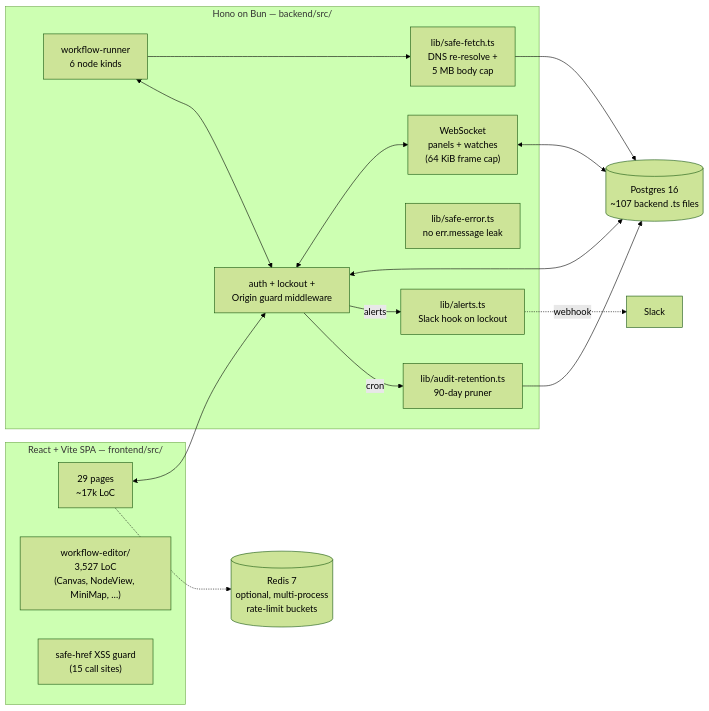
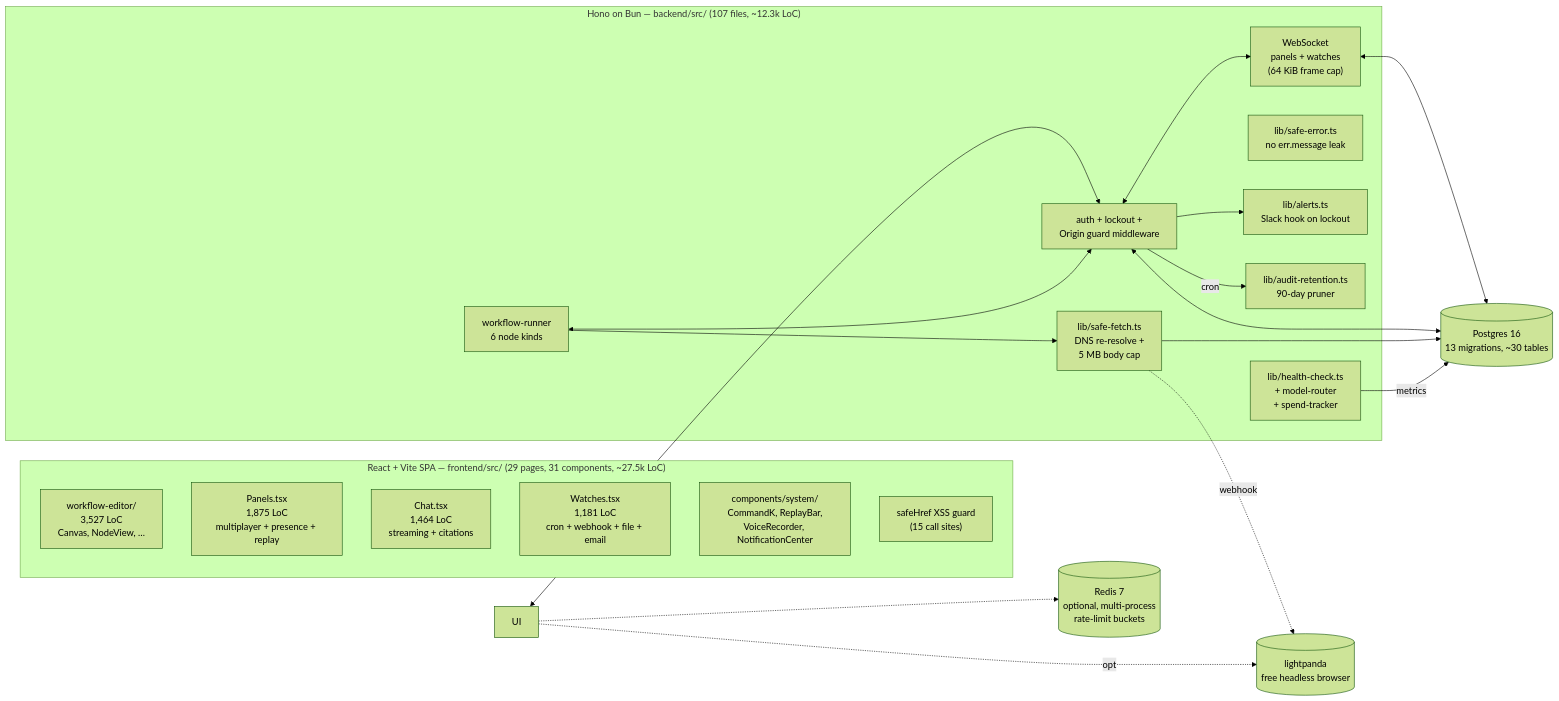
One commit to ahmedimran35/HELM changed the diagram in README.md. Above: the diagram before and after it, drawn with Mermaid (forest theme). The commit also changed other lines of this file, not shown here.

````diff
--- a/README.md
+++ b/README.md
@@ -77,32 +363,39 @@
 ```mermaid
 flowchart LR
-  subgraph FE["React + Vite SPA — frontend/src/"]
-    UI["29 pages<br/>~17k LoC"]
-    WE["workflow-editor/<br/>3,527 LoC<br/>(Canvas, NodeView, MiniMap, …)"]
-    SH["safe-href XSS guard<br/>(15 call sites)"]
+  subgraph FE["React + Vite SPA — frontend/src/ (29 pages, 31 components, ~27.5k LoC)"]
+    WE["workflow-editor/<br/>3,527 LoC<br/>Canvas, NodeView, …"]
+    PNL["Panels.tsx<br/>1,875 LoC<br/>multiplayer + presence + replay"]
+    CHT["Chat.tsx<br/>1,464 LoC<br/>streaming + citations"]
+    WCH["Watches.tsx<br/>1,181 LoC<br/>cron + webhook + file + email"]
+    SYS["components/system/<br/>CommandK, ReplayBar,<br/>VoiceRecorder, NotificationCenter"]
+    SAFE["safeHref XSS guard<br/>(15 call sites)"]
   end
 
-  subgraph BE["Hono on Bun — backend/src/"]
+  subgraph BE["Hono on Bun — backend/src/ (107 files, ~12.3k LoC)"]
     AUTH["auth + lockout +<br/>Origin guard middleware"]
     WS["WebSocket<br/>panels + watches<br/>(64 KiB frame cap)"]
     WF["workflow-runner<br/>6 node kinds"]
-    SAFE["lib/safe-fetch.ts<br/>DNS re-resolve +<br/>5 MB body cap"]
+    SAFE_F["lib/safe-fetch.ts<br/>DNS re-resolve +<br/>5 MB body cap"]
     SAFE_ERR["lib/safe-error.ts<br/>no err.message leak"]
     ALERT["lib/alerts.ts<br/>Slack hook on lockout"]
     AUDIT_RET["lib/audit-retention.ts<br/>90-day pruner"]
+    HARN["lib/health-check.ts<br/>+ model-router<br/>+ spend-tracker"]
   end
 
-  PG[("Postgres 16<br/>~107 backend .ts files")]
+  PG[("Postgres 16<br/>13 migrations, ~30 tables")]
   REDIS[("Redis 7<br/>optional, multi-process<br/>rate-limit buckets")]
+  LPDA[("lightpanda<br/>free headless browser")]
 
   UI <--> AUTH
   AUTH <--> WS
   WS <--> PG
   AUTH <--> PG
-  WF --> SAFE --> PG
+  WF --> SAFE_F --> PG
   WF <--> AUTH
-  AUTH -->|alerts| ALERT
-  ALERT -.->|webhook| Slack
-  AUTH -->|cron| AUDIT_RET --> PG
+  AUTH --> ALERT
+  AUTH -->|cron| AUDIT_RET
+  HARN -->|metrics| PG
+  SAFE_F -.->|webhook| LPDA
   UI -.-> REDIS
+  UI -. opt .-> LPDA
 ```
````
